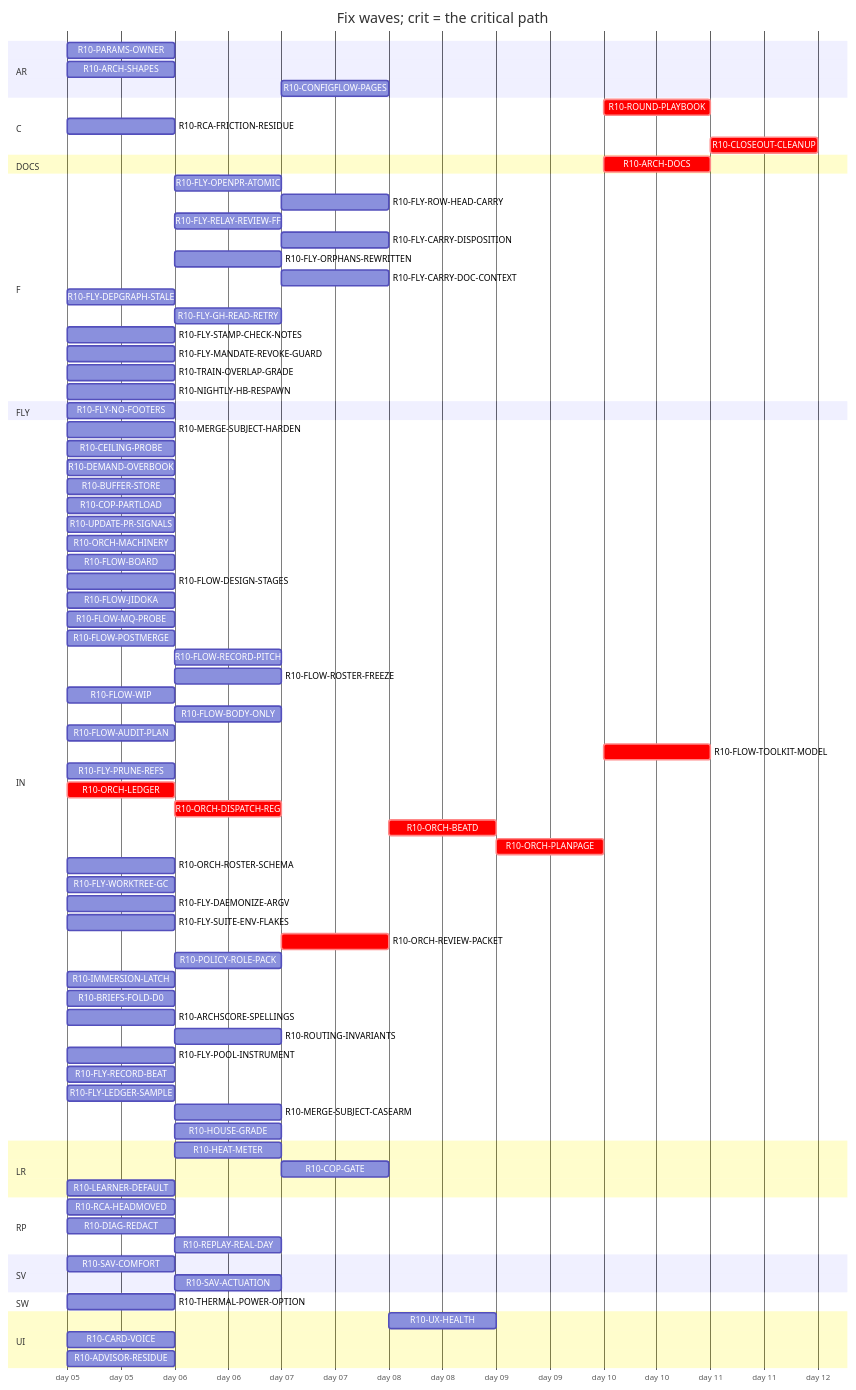
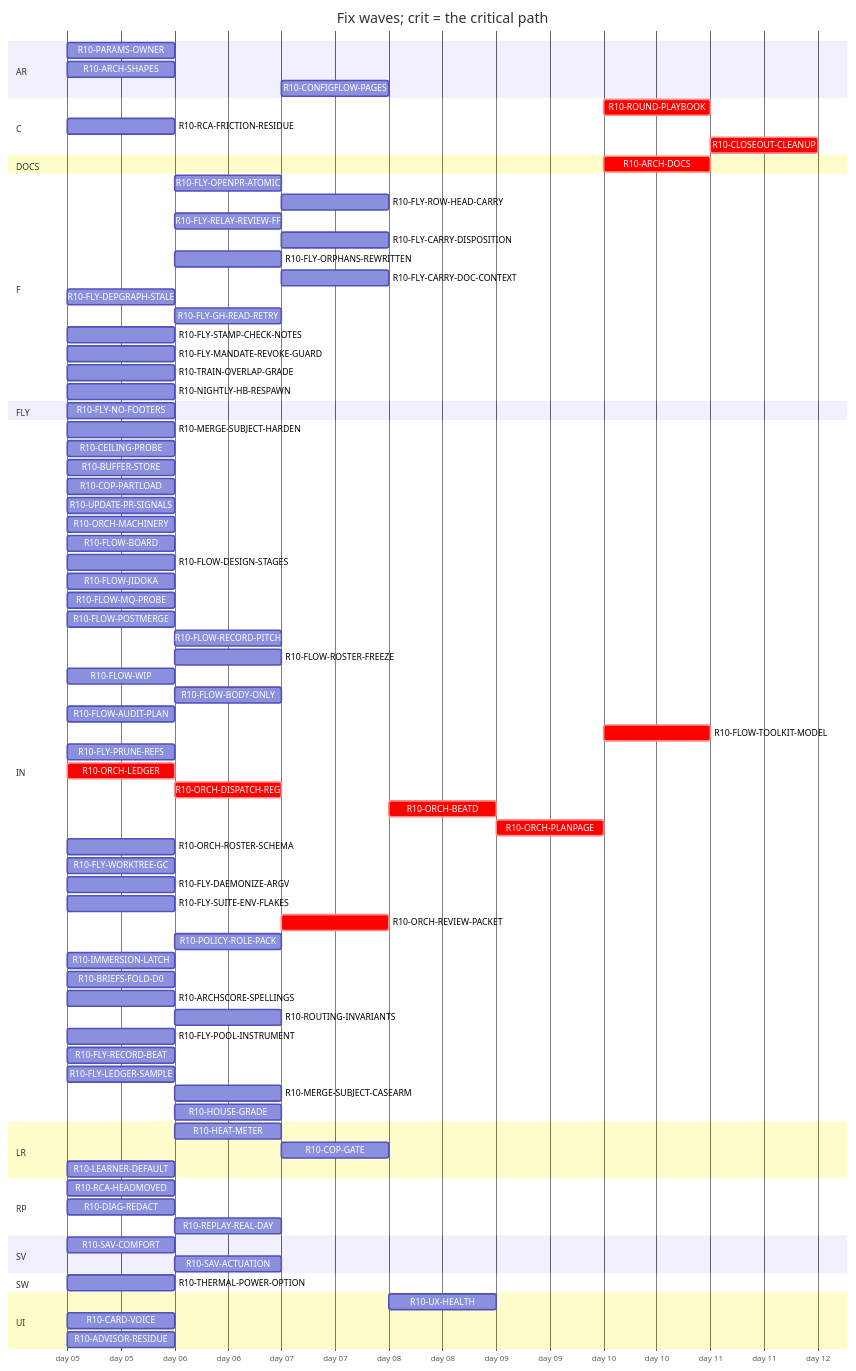
Before and after one commit to tvofi/heatpump_optimizer: the diagram in handoff/round10/state/PLAN-TABLE.md, drawn with Mermaid. The commit also changed other lines of this file and 2 other files, not shown here.

```diff
--- a/handoff/round10/state/PLAN-TABLE.md
+++ b/handoff/round10/state/PLAN-TABLE.md
@@ -35,7 +35,7 @@
     R10-RCA-FRICTION-RESIDUE :r10RCAFRICTIONRESIDUE, 2026-01-05, 1d
     R10-CLOSEOUT-CLEANUP :crit, r10CLOSEOUTCLEANUP, after r10FLYPRUNEREFS r10FLYWORKTREEGC r10ARCHDOCS r10ROUNDPLAYBOOK, 1d
   section DOCS
-    R10-ARCH-DOCS :crit, r10ARCHDOCS, after r10PARAMSOWNER r10ARCHSHAPES r10HEATMETER r10COPGATE r10UXHEALTH r10CONFIGFLOWPAGES r10RCAHEADMOVED r10SAVCOMFORT r10MERGESUBJECTHARDEN r10CEILINGPROBE r10DEMANDOVERBOOK r10BUFFERSTORE r10COPPARTLOAD r10UPDATEPRSIGNALS r10CARDVOICE r10THERMALPOWEROPTION r10LEARNERDEFAULT r10FLOWBOARD r10FLOWDESIGNSTAGES r10FLOWJIDOKA r10FLOWMQPROBE r10FLOWPOSTMERGE r10FLOWRECORDPITCH r10FLOWROSTERFREEZE r10FLOWWIP r10FLOWBODYONLY r10FLYOPENPRATOMIC r10FLYROWHEADCARRY r10FLOWAUDITPLAN r10FLYRELAYREVIEWFF r10FLYCARRYDISPOSITION r10FLYORPHANSREWRITTEN r10FLYCARRYDOCCONTEXT r10FLYDEPGRAPHSTALE r10FLOWTOOLKITMODEL r10FLYSTAMPCHECKNOTES r10FLYMANDATEREVOKEGUARD r10RCAFRICTIONRESIDUE r10TRAINOVERLAPGRADE r10NIGHTLYHBRESPAWN r10FLYPRUNEREFS r10ORCHLEDGER r10ORCHDISPATCHREG r10ORCHBEATD r10ORCHPLANPAGE r10ORCHROSTERSCHEMA r10FLYWORKTREEGC r10FLYDAEMONIZEARGV r10ORCHREVIEWPACKET r10POLICYROLEPACK r10IMMERSIONLATCH r10DIAGREDACT r10ADVISORRESIDUE r10BRIEFSFOLDD0 r10REPLAYREALDAY r10ARCHSCORESPELLINGS r10SAVACTUATION r10FLYLEDGERSAMPLE, 1d
+    R10-ARCH-DOCS :crit, r10ARCHDOCS, after r10PARAMSOWNER r10ARCHSHAPES r10HEATMETER r10COPGATE r10UXHEALTH r10CONFIGFLOWPAGES r10RCAHEADMOVED r10SAVCOMFORT r10MERGESUBJECTHARDEN r10CEILINGPROBE r10BUFFERSTORE r10COPPARTLOAD r10UPDATEPRSIGNALS r10CARDVOICE r10THERMALPOWEROPTION r10LEARNERDEFAULT r10FLOWBOARD r10FLOWDESIGNSTAGES r10FLOWJIDOKA r10FLOWMQPROBE r10FLOWPOSTMERGE r10FLOWRECORDPITCH r10FLOWROSTERFREEZE r10FLOWWIP r10FLOWBODYONLY r10FLYOPENPRATOMIC r10FLYROWHEADCARRY r10FLOWAUDITPLAN r10FLYRELAYREVIEWFF r10FLYCARRYDISPOSITION r10FLYORPHANSREWRITTEN r10FLYCARRYDOCCONTEXT r10FLYDEPGRAPHSTALE r10FLOWTOOLKITMODEL r10FLYSTAMPCHECKNOTES r10FLYMANDATEREVOKEGUARD r10RCAFRICTIONRESIDUE r10TRAINOVERLAPGRADE r10NIGHTLYHBRESPAWN r10FLYPRUNEREFS r10ORCHLEDGER r10ORCHDISPATCHREG r10ORCHBEATD r10ORCHPLANPAGE r10ORCHROSTERSCHEMA r10FLYWORKTREEGC r10FLYDAEMONIZEARGV r10ORCHREVIEWPACKET r10POLICYROLEPACK r10IMMERSIONLATCH r10DIAGREDACT r10ADVISORRESIDUE r10BRIEFSFOLDD0 r10REPLAYREALDAY r10ARCHSCORESPELLINGS r10SAVACTUATION r10FLYLEDGERSAMPLE, 1d
   section F
     R10-FLY-OPENPR-ATOMIC :r10FLYOPENPRATOMIC, after r10UPDATEPRSIGNALS, 1d
     R10-FLY-ROW-HEAD-CARRY :r10FLYROWHEADCARRY, after r10FLYOPENPRATOMIC r10FLOWMQPROBE, 1d
@@ -54,7 +54,6 @@
   section IN
     R10-MERGE-SUBJECT-HARDEN :r10MERGESUBJECTHARDEN, 2026-01-05, 1d
     R10-CEILING-PROBE :r10CEILINGPROBE, 2026-01-05, 1d
-    R10-DEMAND-OVERBOOK :r10DEMANDOVERBOOK, 2026-01-05, 1d
     R10-BUFFER-STORE :r10BUFFERSTORE, 2026-01-05, 1d
     R10-COP-PARTLOAD :r10COPPARTLOAD, 2026-01-05, 1d
     R10-UPDATE-PR-SIGNALS :r10UPDATEPRSIGNALS, 2026-01-05, 1d
```
